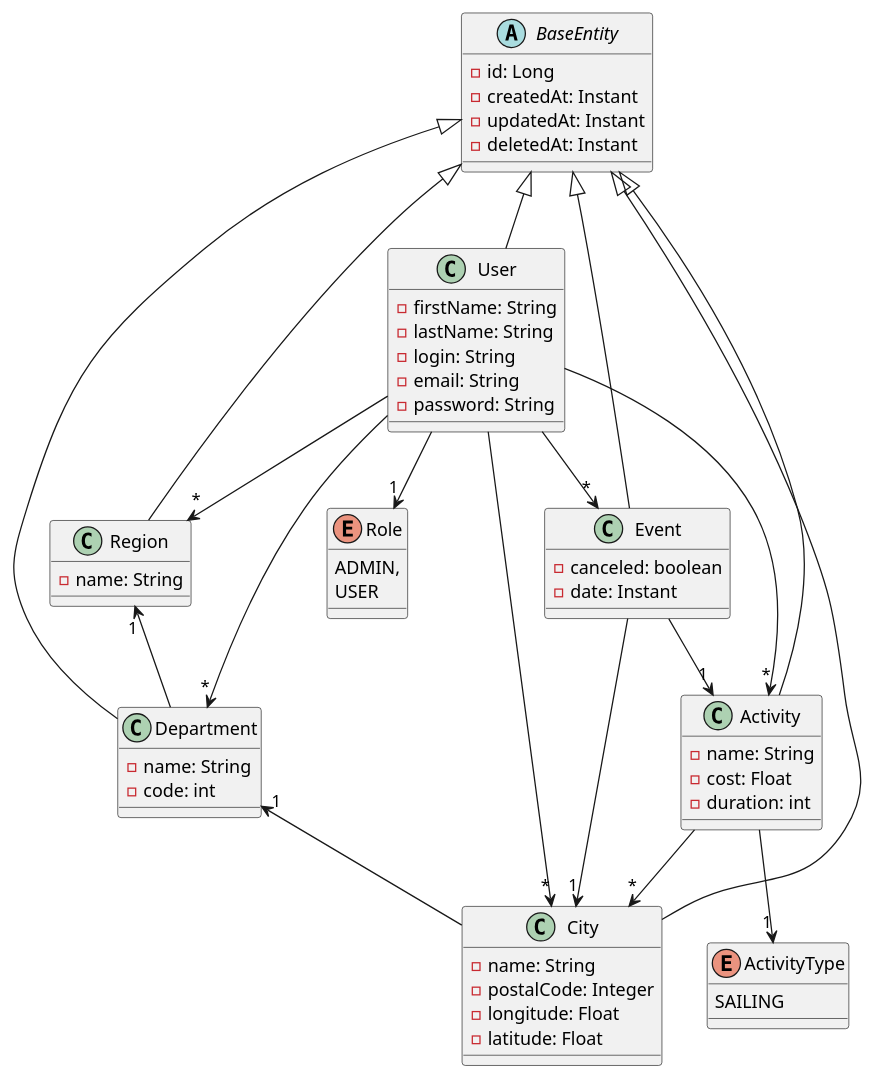
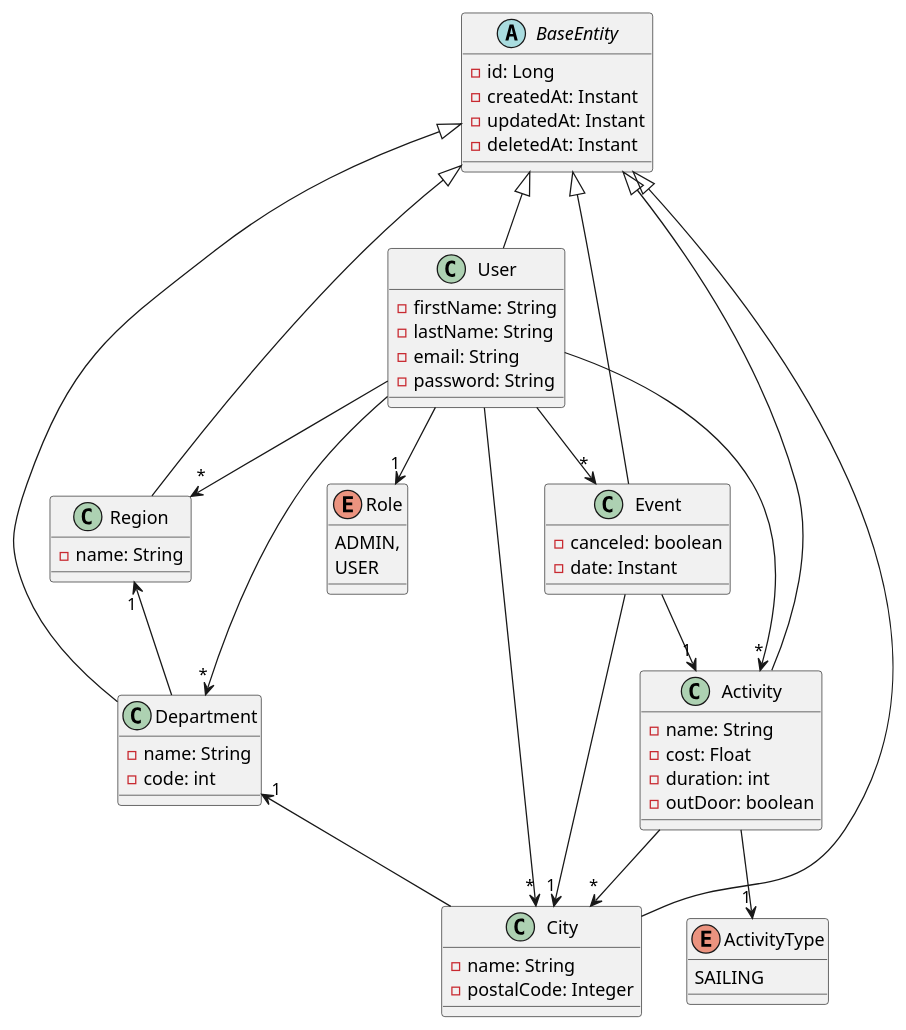
One commit to ISTIC-M2-ILa-GM/WePlan changed the diagram in spec/model.puml. Above: the diagram before and after it, drawn with PlantUML. The commit also changed 15 other files, not shown here.

```diff
--- a/spec/model.puml
+++ b/spec/model.puml
@@ -1,64 +1,62 @@
 @startuml
 
 class Activity {
     -name: String
     -cost: Float
     -duration: int
+    -outDoor: boolean
 }
 enum ActivityType {
     SAILING
 }
 abstract class BaseEntity {
     -id: Long
     -createdAt: Instant
     -updatedAt: Instant
     -deletedAt: Instant
 }
 class City {
     -name: String
     -postalCode: Integer
-    -longitude: Float
-    -latitude: Float
 }
 class Department {
     -name: String
     -code: int
 }
 class User {
     -firstName: String
     -lastName: String
-    -login: String
     -email: String
     -password: String
 }
 enum Role {
     ADMIN,
     USER
 }
 class Region {
     -name: String
 }
 class Event {
     -canceled: boolean
     -date: Instant
 }
 
 BaseEntity <|-- Activity
 BaseEntity <|-- City
 BaseEntity <|-- Department
 BaseEntity <|-- User
 BaseEntity <|-- Region
 BaseEntity <|-- Event
 Activity --> "*" City
 Activity --> "1" ActivityType
 User --> "*" City
 User --> "*" Department
 User --> "*" Region
 Department "1" <-- City
 Region "1" <-- Department
 User --> "*" Activity
 Event --> "1" City
 Event --> "1" Activity
 User --> "*" Event
 User --> "1" Role
 @enduml
```
